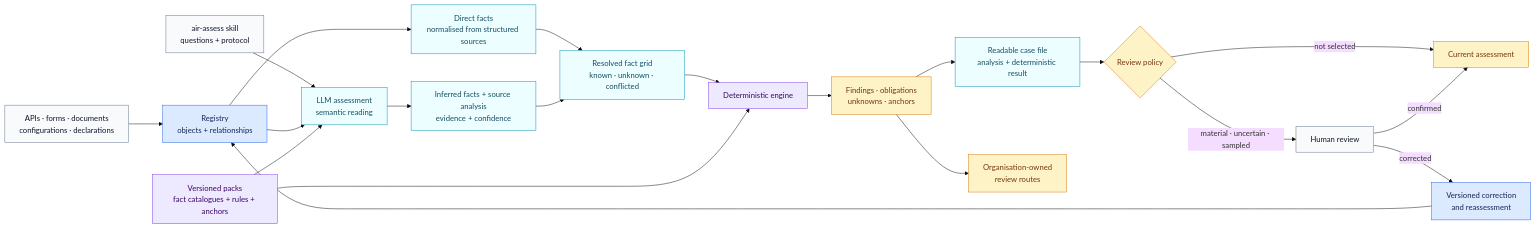
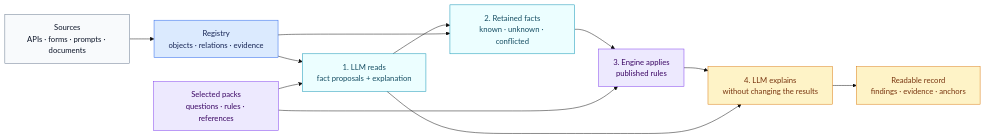
Before and after one commit to NickChaps/Open-AIRS: the second of 3 diagrams in README.md, drawn with Mermaid (base theme). The commit also changed other lines of this file and 58 other files, not shown here.

````diff
--- a/README.md
+++ b/README.md
@@ -74,33 +98,24 @@
 ```mermaid
 flowchart LR
-    S["APIs · forms · documents<br/>configurations · declarations"] --> G["Registry<br/>objects + relationships"]
-    G --> D["Direct facts<br/>normalised from structured sources"]
-    K["air-assess skill<br/>questions + protocol"] --> L["LLM assessment<br/>semantic reading"]
-    G --> L
-    P["Versioned packs<br/>fact catalogues + rules + anchors"] --> L
-    L --> I["Inferred facts + source analysis<br/>evidence + confidence"]
-    D --> F["Resolved fact grid<br/>known · unknown · conflicted"]
-    I --> F
-    F --> E["Deterministic engine"]
+    S["Sources<br/>APIs · forms · prompts · documents"] --> G["Registry<br/>objects · relations · evidence"]
+    G --> L["1. LLM reads<br/>fact proposals + explanation"]
+    P["Selected packs<br/>questions · rules · references"] --> L
+    L --> F["2. Retained facts<br/>known · unknown · conflicted"]
+    G --> F
+    F --> E["3. Engine applies<br/>published rules"]
     P --> E
-    E --> R["Findings · obligations<br/>unknowns · anchors"]
-    R --> N["Readable case file<br/>analysis + deterministic result"]
-    N --> Q{"Review policy"}
-    Q -->|"material · uncertain · sampled"| H["Human review"]
-    Q -->|"not selected"| C["Current assessment"]
-    H -->|"confirmed"| C
-    H -->|"corrected"| G2["Versioned correction<br/>and reassessment"]
-    G2 --> G
-    R --> O["Organisation-owned<br/>review routes"]
+    E --> N["4. LLM explains<br/>without changing the results"]
+    L --> N
+    N --> R["Readable record<br/>findings · evidence · anchors"]
 
-    classDef input fill:#f8fafc,stroke:#64748b,color:#0f172a
+    classDef source fill:#f8fafc,stroke:#64748b,color:#0f172a
     classDef registry fill:#dbeafe,stroke:#2563eb,color:#172554
-    classDef facts fill:#ecfeff,stroke:#0891b2,color:#164e63
-    classDef rules fill:#ede9fe,stroke:#7c3aed,color:#3b0764
+    classDef judge fill:#ecfeff,stroke:#0891b2,color:#164e63
+    classDef engine fill:#ede9fe,stroke:#7c3aed,color:#3b0764
     classDef result fill:#fef3c7,stroke:#d97706,color:#78350f
-    class S,H,K input
-    class G,G2 registry
-    class D,L,I,F,N facts
-    class E,P rules
-    class R,O,Q,C result
+    class S source
+    class G registry
+    class L,F judge
+    class P,E engine
+    class N,R result
 ```
````
